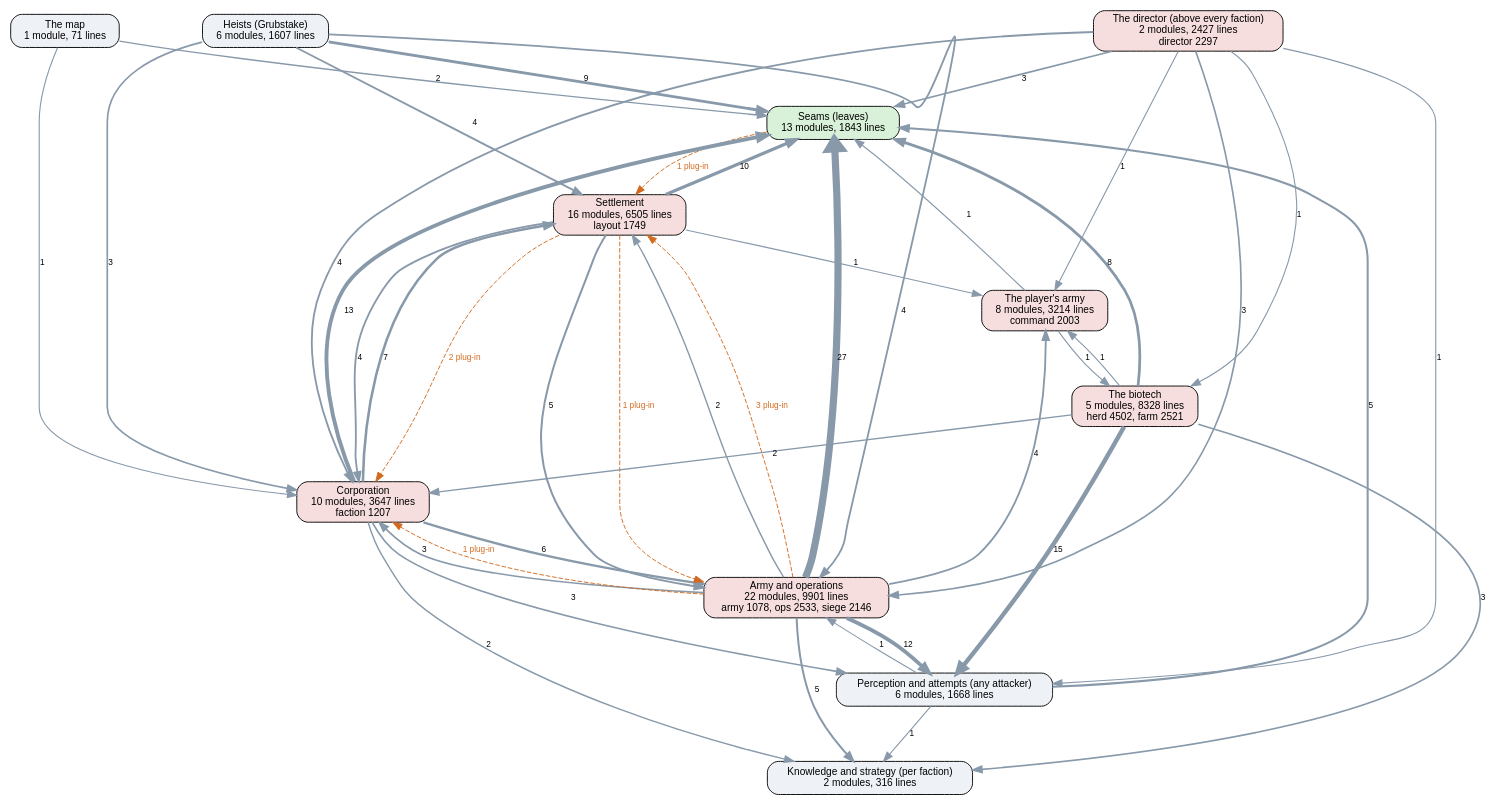
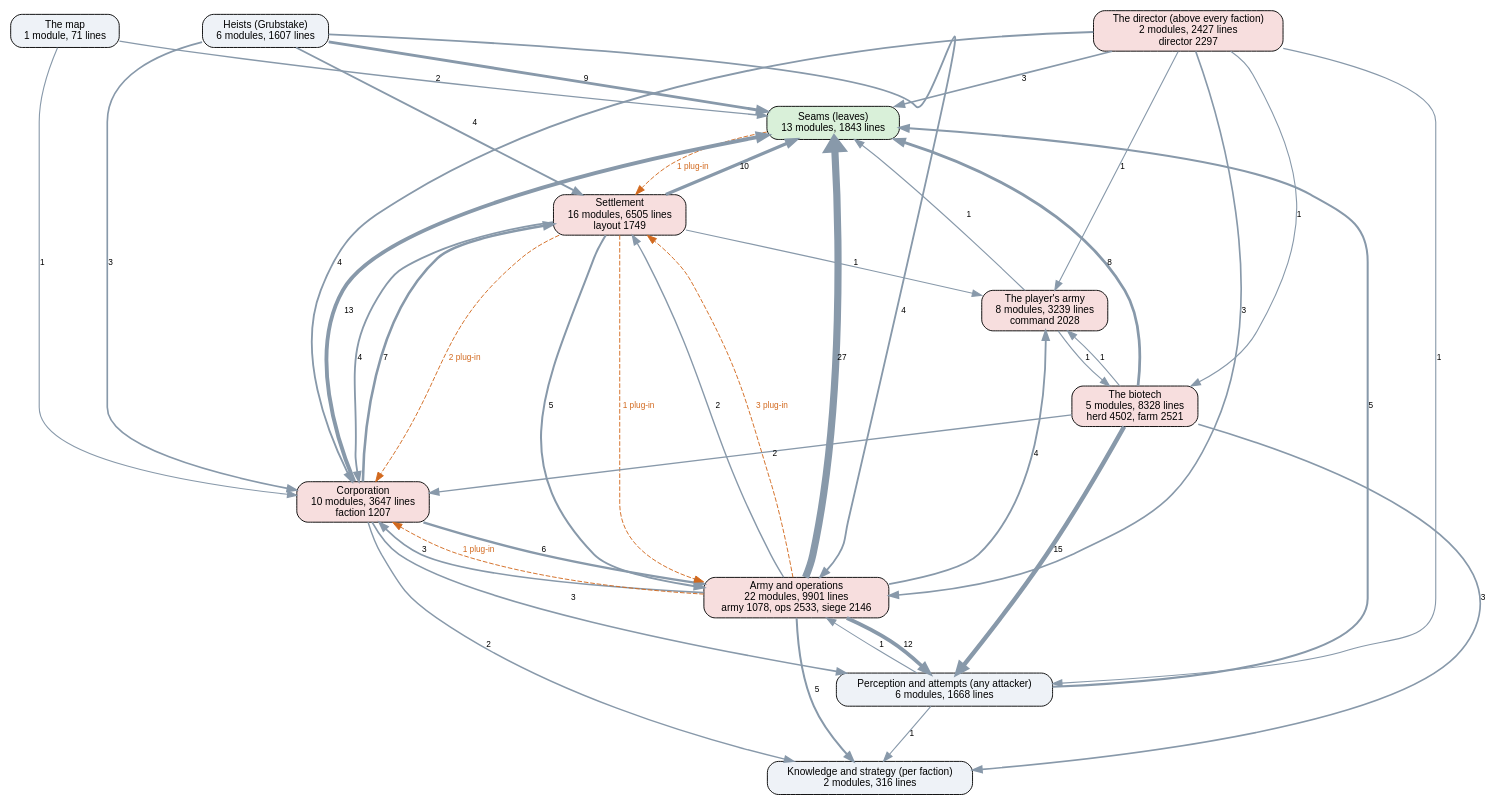
Before and after one commit to kinelhu/landing-party: the diagram in docs/ai-layers.dot, drawn with Graphviz. The commit also changed 14 other files, not shown here.

```diff
--- a/docs/ai-layers.dot
+++ b/docs/ai-layers.dot
@@ -1,58 +1,58 @@
 digraph layers {
   graph [rankdir=TB, fontname="Helvetica", nodesep=0.5, ranksep=0.7];
   node [shape=box, style="rounded,filled", fontname="Helvetica", fontsize=11, fillcolor="#eef2f7"];
   edge [color="#8899aa", fontname="Helvetica", fontsize=9];
   "Seams (leaves)" [label="Seams (leaves)\n13 modules, 1843 lines", fillcolor="#d9f0d9"];
   "Perception and attempts (any attacker)" [label="Perception and attempts (any attacker)\n6 modules, 1668 lines", fillcolor="#eef2f7"];
   "Knowledge and strategy (per faction)" [label="Knowledge and strategy (per faction)\n2 modules, 316 lines", fillcolor="#eef2f7"];
   "The director (above every faction)" [label="The director (above every faction)\n2 modules, 2427 lines\ndirector 2297", fillcolor="#f7dede"];
   "Corporation" [label="Corporation\n10 modules, 3647 lines\nfaction 1207", fillcolor="#f7dede"];
   "Settlement" [label="Settlement\n16 modules, 6505 lines\nlayout 1749", fillcolor="#f7dede"];
   "Army and operations" [label="Army and operations\n22 modules, 9901 lines\narmy 1078, ops 2533, siege 2146", fillcolor="#f7dede"];
   "Heists (Grubstake)" [label="Heists (Grubstake)\n6 modules, 1607 lines", fillcolor="#eef2f7"];
   "The biotech" [label="The biotech\n5 modules, 8328 lines\nherd 4502, farm 2521", fillcolor="#f7dede"];
   "The map" [label="The map\n1 module, 71 lines", fillcolor="#eef2f7"];
-  "The player's army" [label="The player's army\n8 modules, 3214 lines\ncommand 2003", fillcolor="#f7dede"];
+  "The player's army" [label="The player's army\n8 modules, 3239 lines\ncommand 2028", fillcolor="#f7dede"];
   "Army and operations" -> "Corporation" [label="3", penwidth=1.8];
   "Army and operations" -> "Knowledge and strategy (per faction)" [label="5", penwidth=2.2];
   "Army and operations" -> "Perception and attempts (any attacker)" [label="12", penwidth=4.0];
   "Army and operations" -> "Seams (leaves)" [label="27", penwidth=7.8];
   "Army and operations" -> "Settlement" [label="2", penwidth=1.5];
   "Army and operations" -> "The player's army" [label="4", penwidth=2.0];
   "Corporation" -> "Army and operations" [label="6", penwidth=2.5];
   "Corporation" -> "Knowledge and strategy (per faction)" [label="2", penwidth=1.5];
   "Corporation" -> "Perception and attempts (any attacker)" [label="3", penwidth=1.8];
   "Corporation" -> "Seams (leaves)" [label="13", penwidth=4.2];
   "Corporation" -> "Settlement" [label="7", penwidth=2.8];
   "Heists (Grubstake)" -> "Army and operations" [label="4", penwidth=2.0];
   "Heists (Grubstake)" -> "Corporation" [label="3", penwidth=1.8];
   "Heists (Grubstake)" -> "Seams (leaves)" [label="9", penwidth=3.2];
   "Heists (Grubstake)" -> "Settlement" [label="4", penwidth=2.0];
   "Perception and attempts (any attacker)" -> "Army and operations" [label="1", penwidth=1.2];
   "Perception and attempts (any attacker)" -> "Knowledge and strategy (per faction)" [label="1", penwidth=1.2];
   "Perception and attempts (any attacker)" -> "Seams (leaves)" [label="5", penwidth=2.2];
   "Settlement" -> "Army and operations" [label="5", penwidth=2.2];
   "Settlement" -> "Corporation" [label="4", penwidth=2.0];
   "Settlement" -> "Seams (leaves)" [label="10", penwidth=3.5];
   "Settlement" -> "The player's army" [label="1", penwidth=1.2];
   "The biotech" -> "Corporation" [label="2", penwidth=1.5];
   "The biotech" -> "Knowledge and strategy (per faction)" [label="3", penwidth=1.8];
   "The biotech" -> "Perception and attempts (any attacker)" [label="15", penwidth=4.8];
   "The biotech" -> "Seams (leaves)" [label="8", penwidth=3.0];
   "The biotech" -> "The player's army" [label="1", penwidth=1.2];
   "The director (above every faction)" -> "Army and operations" [label="3", penwidth=1.8];
   "The director (above every faction)" -> "Corporation" [label="4", penwidth=2.0];
   "The director (above every faction)" -> "Perception and attempts (any attacker)" [label="1", penwidth=1.2];
   "The director (above every faction)" -> "Seams (leaves)" [label="3", penwidth=1.8];
   "The director (above every faction)" -> "The biotech" [label="1", penwidth=1.2];
   "The director (above every faction)" -> "The player's army" [label="1", penwidth=1.2];
   "The map" -> "Corporation" [label="1", penwidth=1.2];
   "The map" -> "Seams (leaves)" [label="2", penwidth=1.5];
   "The player's army" -> "Seams (leaves)" [label="1", penwidth=1.2];
   "The player's army" -> "The biotech" [label="1", penwidth=1.2];
   "Army and operations" -> "Corporation" [style=dashed, color="#d2691e", fontcolor="#d2691e", label="1 plug-in"];
   "Army and operations" -> "Settlement" [style=dashed, color="#d2691e", fontcolor="#d2691e", label="3 plug-in"];
   "Seams (leaves)" -> "Settlement" [style=dashed, color="#d2691e", fontcolor="#d2691e", label="1 plug-in"];
   "Settlement" -> "Army and operations" [style=dashed, color="#d2691e", fontcolor="#d2691e", label="1 plug-in"];
   "Settlement" -> "Corporation" [style=dashed, color="#d2691e", fontcolor="#d2691e", label="2 plug-in"];
 }
```
